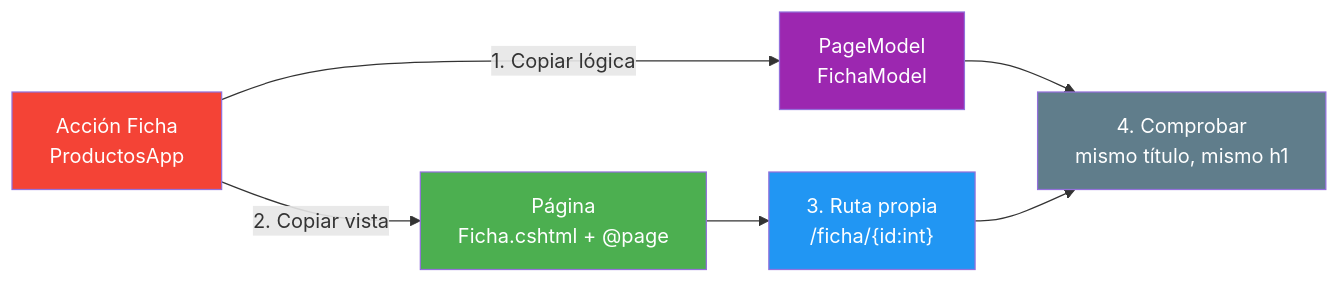
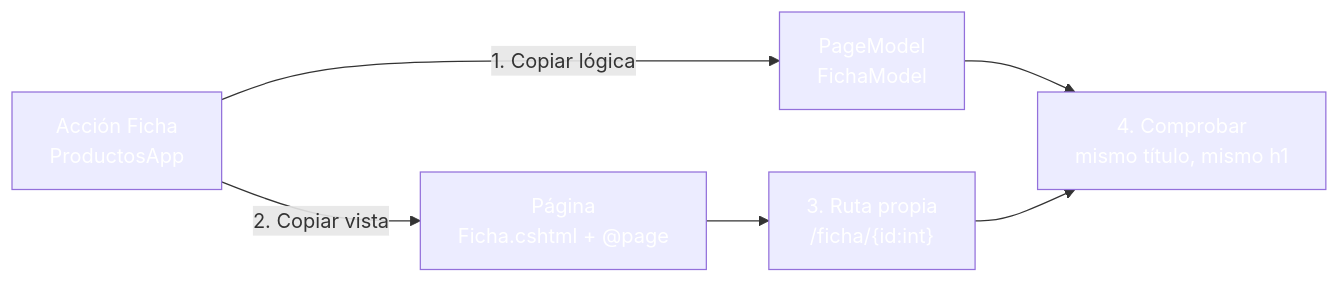
One commit to joseluisgs/DesarrolloWebEntornosServidor-03-2026-2027 changed the fourth of 4 diagrams in 12-mvc-vs-razorpages.md. Above: the diagram before and after it, drawn with Mermaid. The commit also changed other lines of this file and 30 other files, not shown here.

````diff
--- a/12-mvc-vs-razorpages.md
+++ b/12-mvc-vs-razorpages.md
@@ -239,13 +239,13 @@
 ```mermaid
 graph LR
     A["Acción Ficha<br/>ProductosApp"] -->|"1. Copiar lógica"| B["PageModel<br/>FichaModel"]
     A -->|"2. Copiar vista"| C["Página<br/>Ficha.cshtml + @page"]
     C --> D["3. Ruta propia<br/>/ficha/{id:int}"]
     B --> E["4. Comprobar<br/>mismo título, mismo h1"]
     D --> E
-    style A fill:#f44336,color:#fff
-    style B fill:#9C27B0,color:#fff
-    style C fill:#4CAF50,color:#fff
-    style D fill:#2196F3,color:#fff
-    style E fill:#607D8B,color:#fff
+    style A fill:#f4433,color:#fff6,color:#fff
+    style B fill:#9C27B,color:#fff0,color:#fff
+    style C fill:#4CAF5,color:#fff0,color:#fff
+    style D fill:#2196F,color:#fff3,color:#fff
+    style E fill:#607D8,color:#fffB,color:#fff
 ```
````
